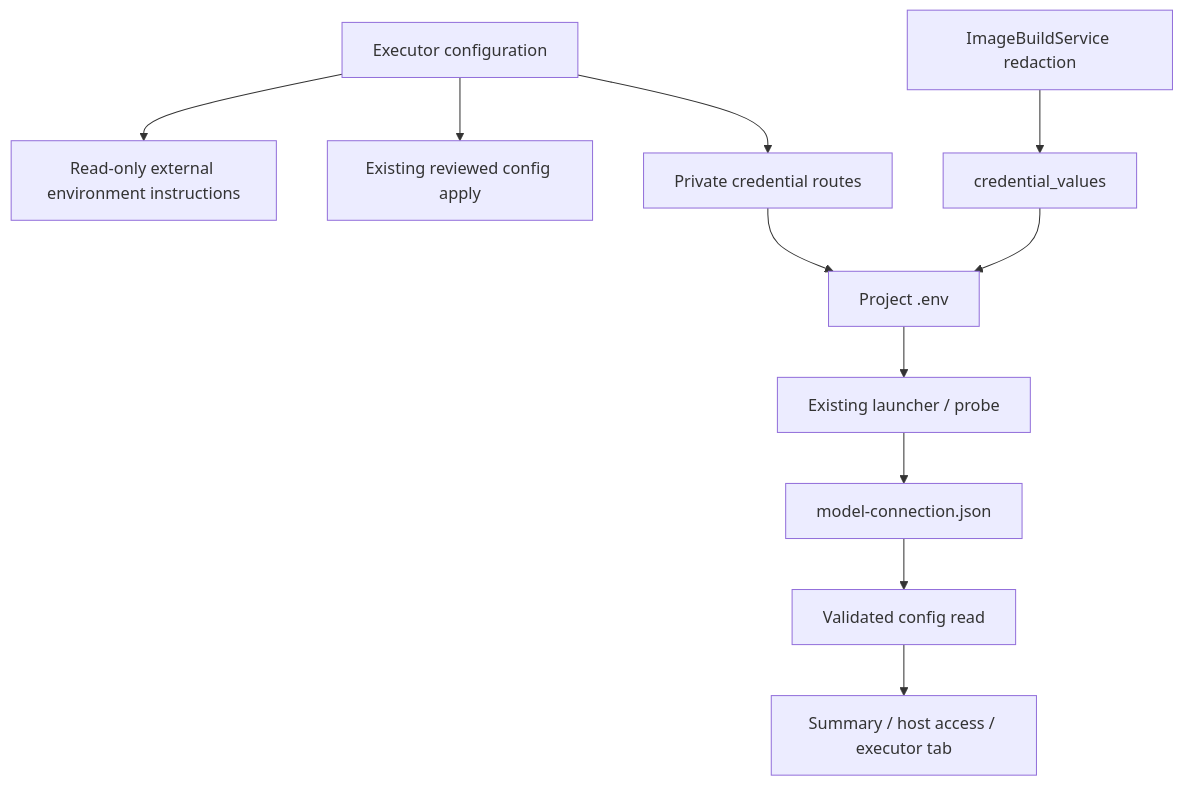
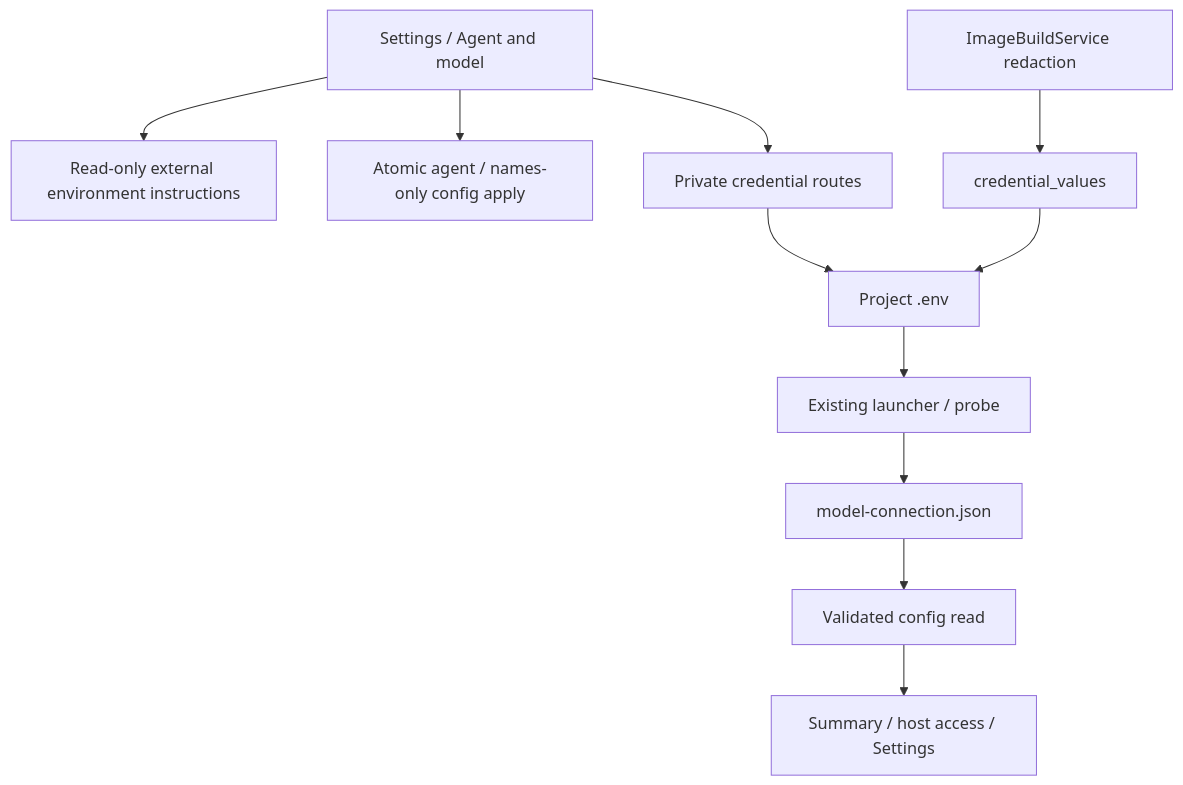
Before and after one commit to DDP-Engineering/AgenticDeliveryOrchestratorRuntimeEngine: the diagram in .agentic/knowledge/executor-configuration.md, drawn with Mermaid. The commit also changed other lines of this file and 40 other files, not shown here.

First line of the commit message:
feat(web): consolidate agent configuration in Settings

````diff
--- a/.agentic/knowledge/executor-configuration.md
+++ b/.agentic/knowledge/executor-configuration.md
@@ -44,13 +48,13 @@
 ```mermaid
 flowchart TD
-    Tab[Executor configuration] --> Guide[Read-only external environment instructions]
-    Tab --> Candidate[Existing reviewed config apply]
+    Tab[Settings / Agent and model] --> Guide[Read-only external environment instructions]
+    Tab --> Candidate[Atomic agent / names-only config apply]
     Tab --> Credentials[Private credential routes]
     Credentials --> Env[Project .env]
     Images[ImageBuildService redaction] --> Reader[credential_values]
     Reader --> Env
     Env --> Launcher[Existing launcher / probe]
     Launcher --> Evidence[model-connection.json]
     Evidence --> Config[Validated config read]
-    Config --> Summary[Summary / host access / executor tab]
+    Config --> Summary[Summary / host access / Settings]
 ```
````
